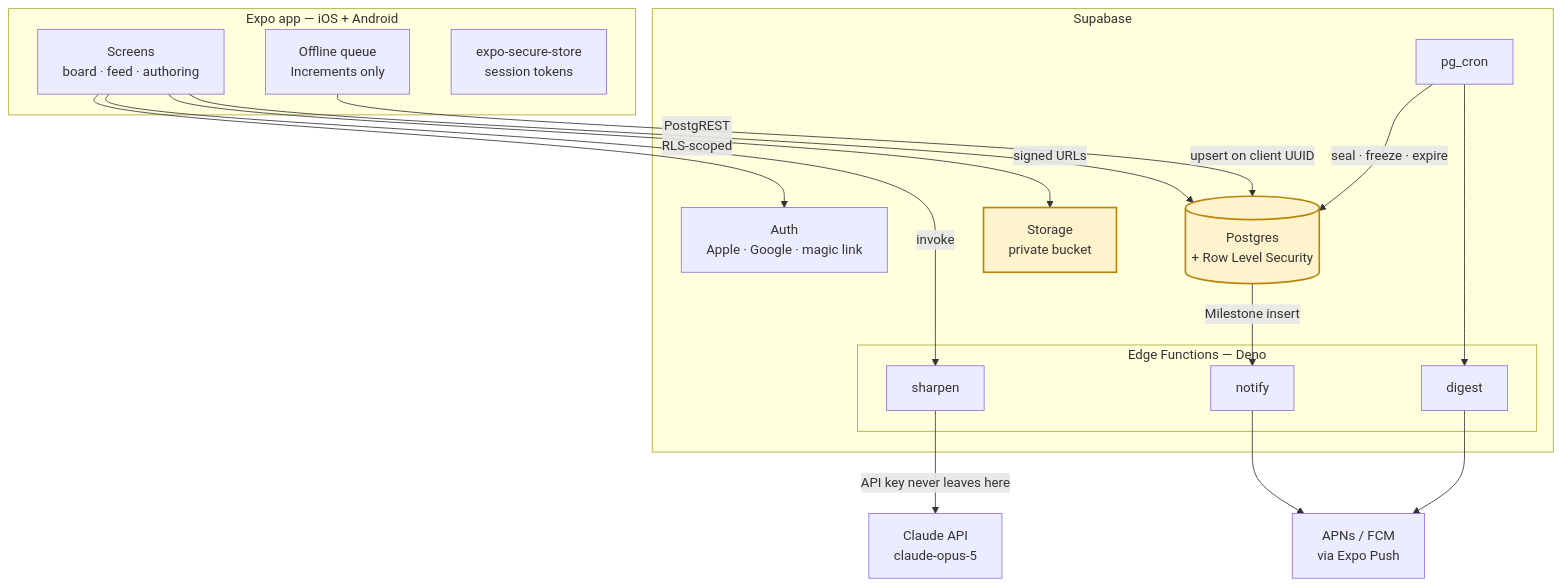
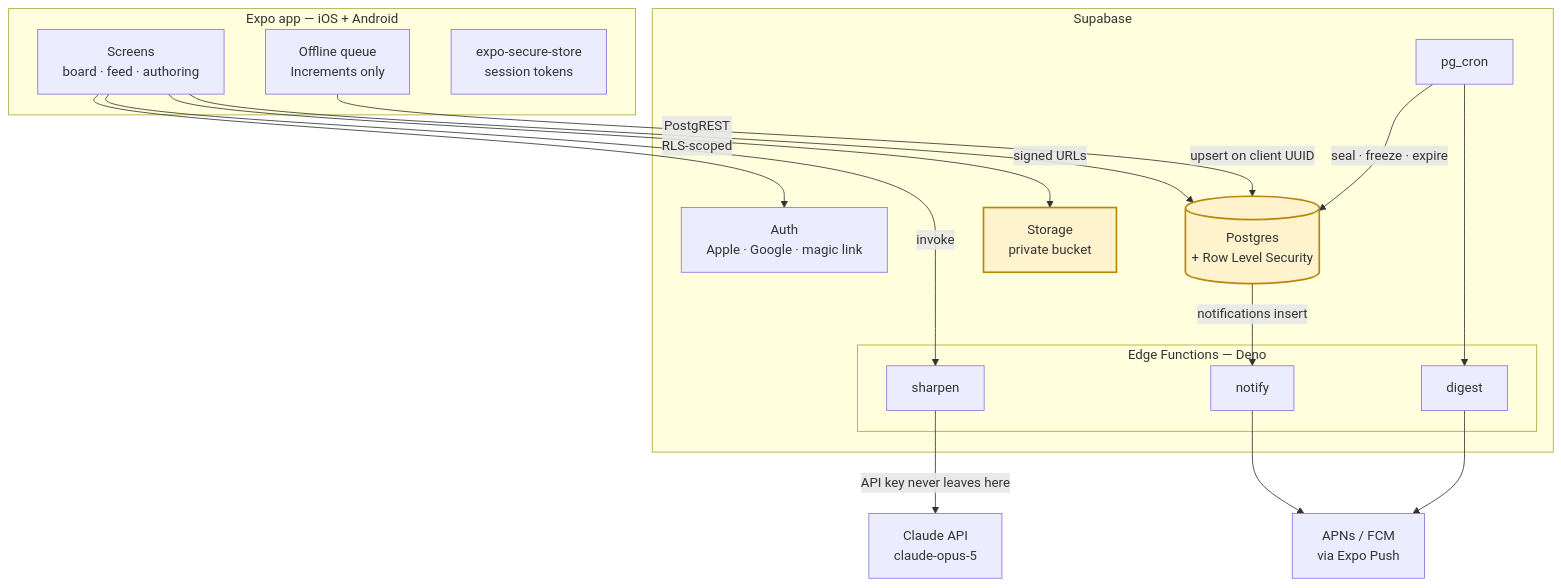
The first of 6 diagrams in docs/api.md (DerekHertz/family-bingo), drawn with Mermaid before and after one commit. The commit also changed other lines of this file and 12 other files, not shown here.

````diff
--- a/docs/api.md
+++ b/docs/api.md
@@ -9,38 +9,38 @@
 ```mermaid
 graph TB
     subgraph client["Expo app — iOS + Android"]
         UI["Screens<br/>board · feed · authoring"]
         Q["Offline queue<br/>Increments only"]
         SS["expo-secure-store<br/>session tokens"]
     end
 
     subgraph supabase["Supabase"]
         AUTH["Auth<br/>Apple · Google · magic link"]
         PG[("Postgres<br/>+ Row Level Security")]
         ST["Storage<br/>private bucket"]
         subgraph fn["Edge Functions — Deno"]
             SHARP["sharpen"]
             PUSH["notify"]
             DIG["digest"]
         end
         CRON["pg_cron"]
     end
 
     ANTH["Claude API<br/>claude-opus-5"]
     APNS["APNs / FCM<br/>via Expo Push"]
 
     UI -->|"PostgREST<br/>RLS-scoped"| PG
     UI --> AUTH
     UI -->|"signed URLs"| ST
     Q -->|"upsert on client UUID"| PG
     UI -->|"invoke"| SHARP
     SHARP -->|"API key never leaves here"| ANTH
-    PG -->|"Milestone insert"| PUSH
+    PG -->|"notifications insert"| PUSH
     PUSH --> APNS
     CRON -->|"seal · freeze · expire"| PG
     CRON --> DIG
     DIG --> APNS
 
     classDef sec fill:#fff3cd,stroke:#b8860b,stroke-width:2px
     class PG,ST sec
 ```
````
